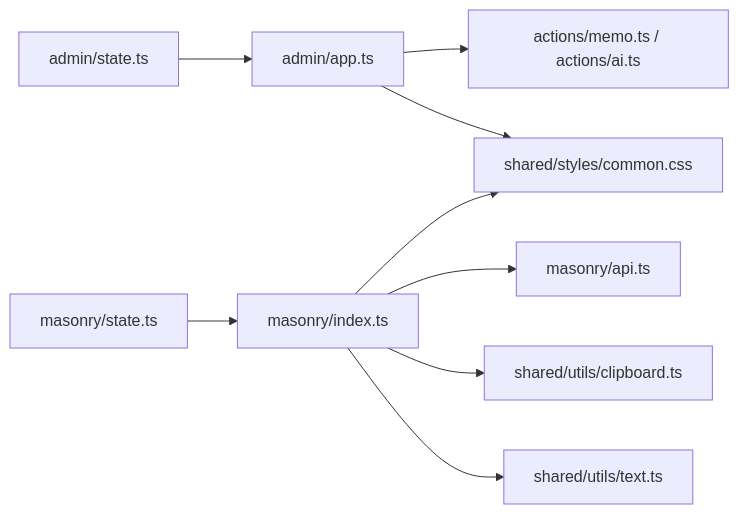
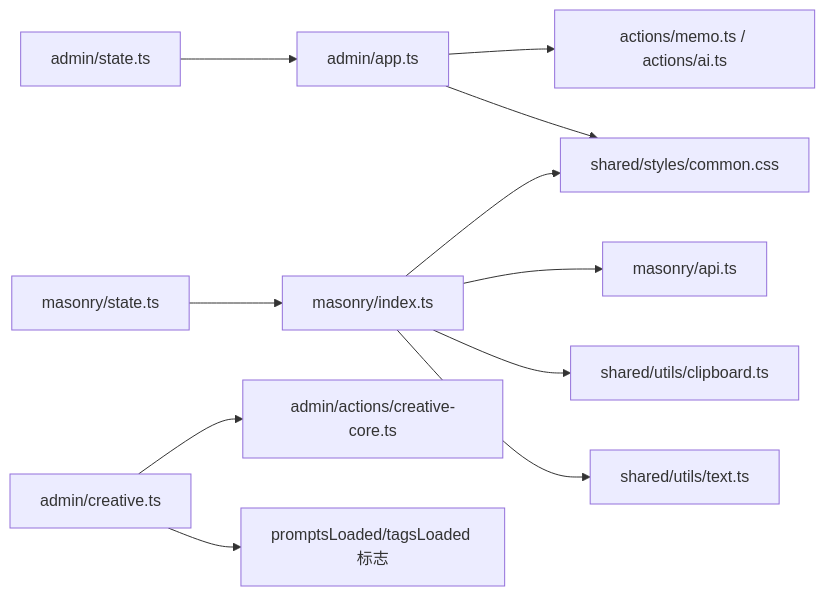
The eighth of 8 diagrams in .qoder/repowiki/zh/content/前端应用/前端应用.md (BlackBoxRecorder/memos), drawn with Mermaid before and after one commit. The commit also changed other lines of this file and 3 other files, not shown here.

````diff
--- a/.qoder/repowiki/zh/content/前端应用/前端应用.md
+++ b/.qoder/repowiki/zh/content/前端应用/前端应用.md
@@ -396,11 +458,13 @@
 ```mermaid
 graph LR
 State_Admin["admin/state.ts"] --> UI_Admin["admin/app.ts"]
 State_Masonry["masonry/state.ts"] --> UI_Masonry["masonry/index.ts"]
 UI_Admin --> API_Admin["actions/memo.ts / actions/ai.ts"]
 UI_Masonry --> API_Masonry["masonry/api.ts"]
 UI_Admin --> CommonCSS["shared/styles/common.css"]
 UI_Masonry --> CommonCSS
 UI_Masonry --> Clipboard["shared/utils/clipboard.ts"]
 UI_Masonry --> TextUtil["shared/utils/text.ts"]
+CreativeTab["admin/creative.ts"] --> CreativeCore["admin/actions/creative-core.ts"]
+CreativeTab --> StateFlags["promptsLoaded/tagsLoaded 标志"]
 ```
````
